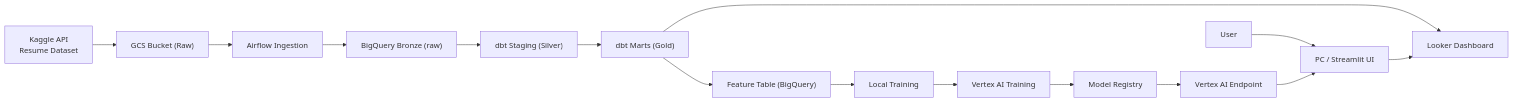
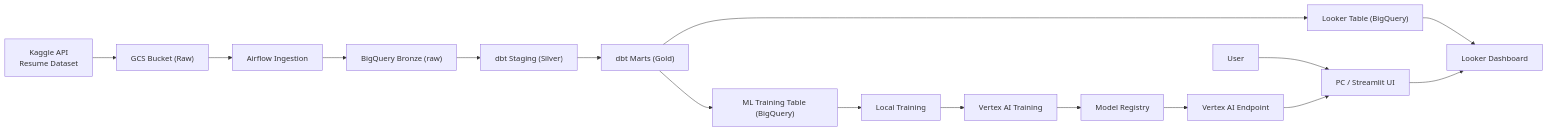
The first of 2 diagrams in README.md (yvankondjo/VertexOps-Pipeline), drawn with Mermaid before and after one commit.

````diff
--- a/README.md
+++ b/README.md
@@ -10,20 +10,26 @@
 ```mermaid
 flowchart LR
   U["User"] --> UI["PC / Streamlit UI"];
 
+  %% Medallion (Ingestion + ELT)
   K["Kaggle API\nResume Dataset"] --> G["GCS Bucket (Raw)"];
   G --> AQ["Airflow Ingestion"];
   AQ --> BQ1["BigQuery Bronze (raw)"];
   BQ1 --> DBT1["dbt Staging (Silver)"];
   DBT1 --> DBT2["dbt Marts (Gold)"];
 
-  DBT2 --> FEAT["Feature Table (BigQuery)"];
-  FEAT --> LOCAL["Local Training"];
+  %% Two downstream tables
+  DBT2 --> BQ_LOOK["Looker Table (BigQuery)"];
+  DBT2 --> BQ_ML["ML Training Table (BigQuery)"];
+
+  %% ML training + serving
+  BQ_ML --> LOCAL["Local Training"];
   LOCAL --> VTX["Vertex AI Training"];
   VTX --> REG["Model Registry"];
   REG --> EP["Vertex AI Endpoint"];
   EP --> UI;
 
-  DBT2 --> LOOK["Looker Dashboard"];
+  %% BI & consumption
+  BQ_LOOK --> LOOK["Looker Dashboard"];
   UI --> LOOK;
 ```
````
